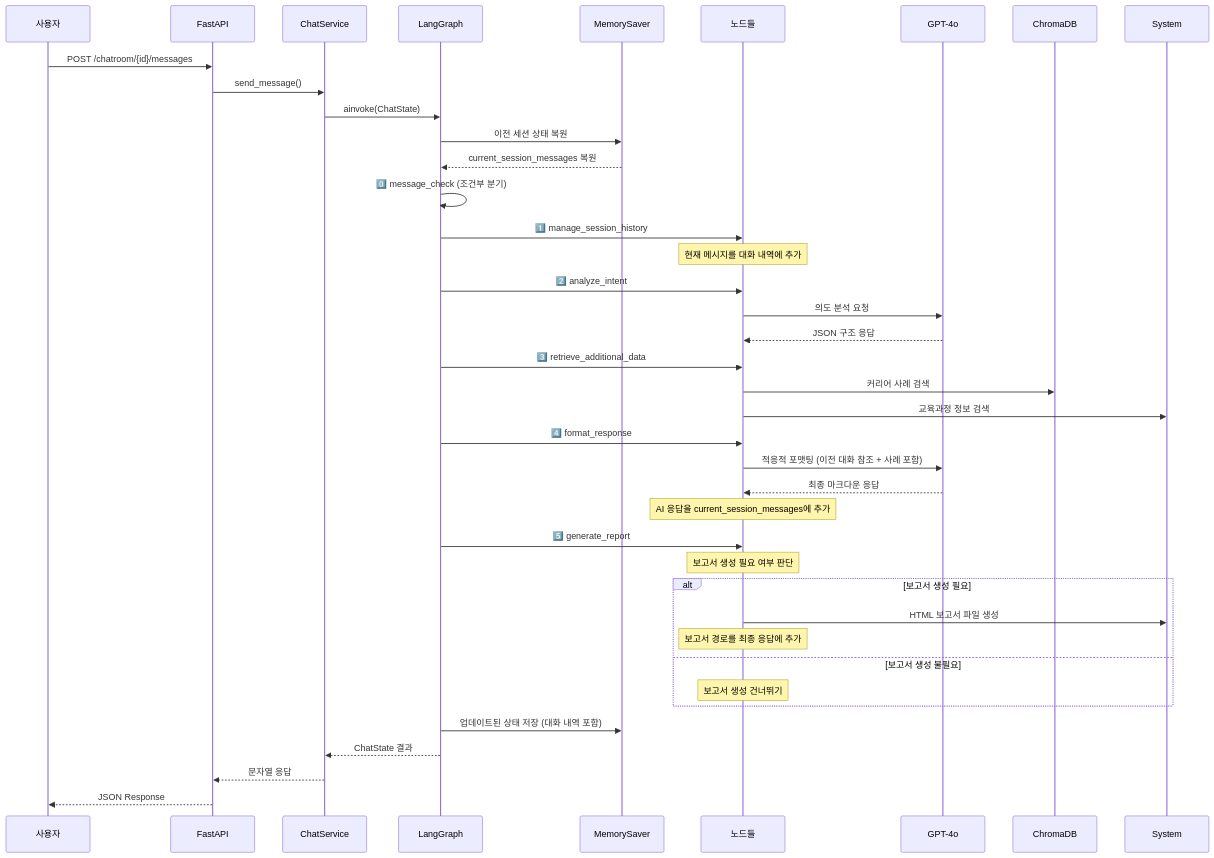
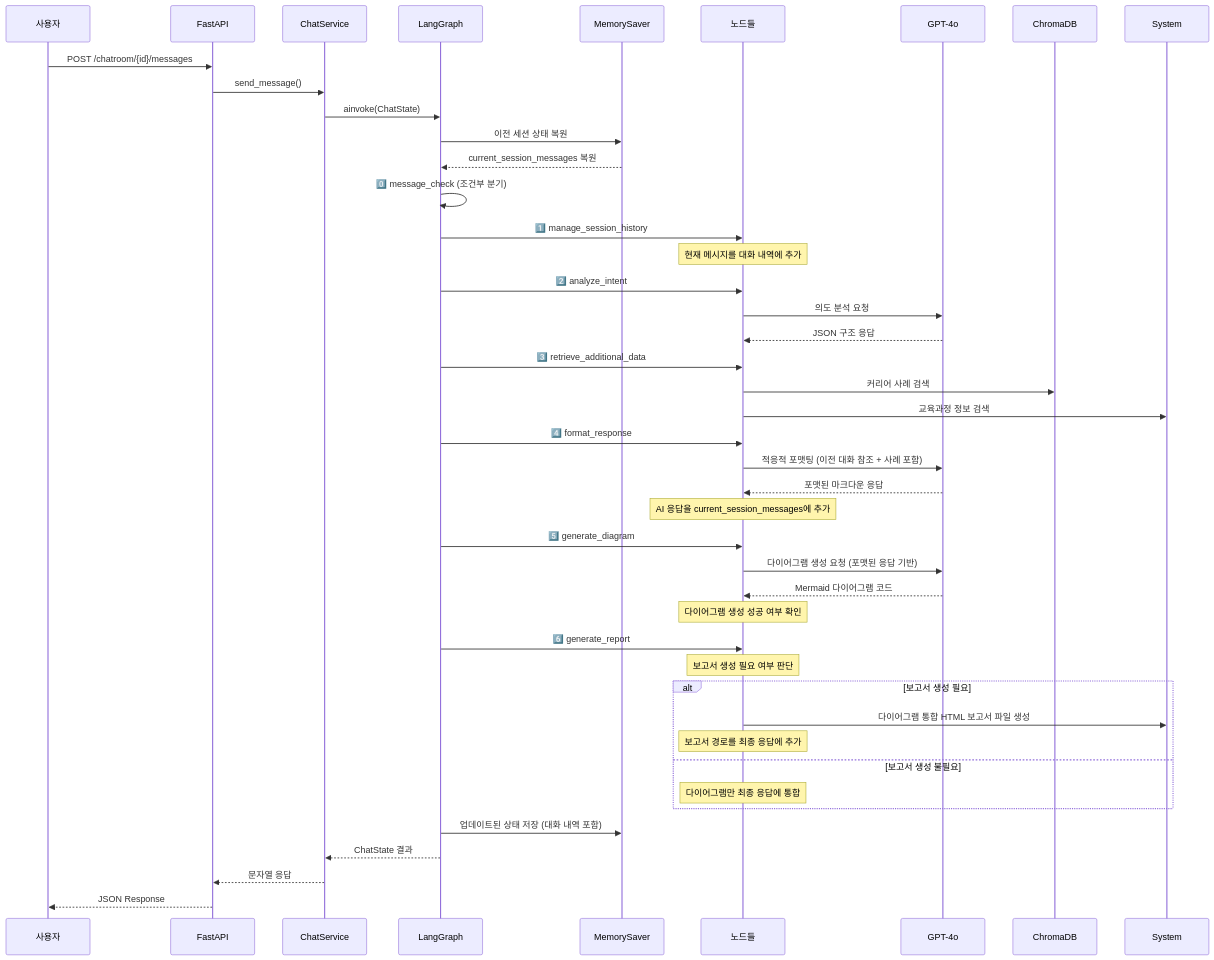
Before and after one commit to SK4toB/g-navi-ai-api: the third of 5 diagrams in README.md, drawn with Mermaid. The commit also changed other lines of this file, not shown here.

Commit message:
docs: mermaid agent 설명추가2(ref #39)

````diff
--- a/README.md
+++ b/README.md
@@ -212,49 +227,54 @@
 ```mermaid
 sequenceDiagram
     participant User as 사용자
     participant API as FastAPI
     participant Service as ChatService
     participant Graph as LangGraph
     participant MemorySaver as MemorySaver
     participant Nodes as 노드들
     participant LLM as GPT-4o
     
     User->>API: POST /chatroom/{id}/messages
     API->>Service: send_message()
     Service->>Graph: ainvoke(ChatState)
     
     Graph->>MemorySaver: 이전 세션 상태 복원
     MemorySaver-->>Graph: current_session_messages 복원
     
     Graph->>Graph: 0️⃣ message_check (조건부 분기)
     
     Graph->>Nodes: 1️⃣ manage_session_history
     Note over Nodes: 현재 메시지를 대화 내역에 추가
     
     Graph->>Nodes: 2️⃣ analyze_intent
     Nodes->>LLM: 의도 분석 요청
     LLM-->>Nodes: JSON 구조 응답
     
     Graph->>Nodes: 3️⃣ retrieve_additional_data
     Nodes->>ChromaDB: 커리어 사례 검색
     Nodes->>System: 교육과정 정보 검색
     
     Graph->>Nodes: 4️⃣ format_response
     Nodes->>LLM: 적응적 포맷팅 (이전 대화 참조 + 사례 포함)
-    LLM-->>Nodes: 최종 마크다운 응답
+    LLM-->>Nodes: 포맷된 마크다운 응답
     Note over Nodes: AI 응답을 current_session_messages에 추가
     
-    Graph->>Nodes: 5️⃣ generate_report
+    Graph->>Nodes: 5️⃣ generate_diagram
+    Nodes->>LLM: 다이어그램 생성 요청 (포맷된 응답 기반)
+    LLM-->>Nodes: Mermaid 다이어그램 코드
+    Note over Nodes: 다이어그램 생성 성공 여부 확인
+    
+    Graph->>Nodes: 6️⃣ generate_report
     Note over Nodes: 보고서 생성 필요 여부 판단
     alt 보고서 생성 필요
-        Nodes->>System: HTML 보고서 파일 생성
+        Nodes->>System: 다이어그램 통합 HTML 보고서 파일 생성
         Note over Nodes: 보고서 경로를 최종 응답에 추가
     else 보고서 생성 불필요
-        Note over Nodes: 보고서 생성 건너뛰기
+        Note over Nodes: 다이어그램만 최종 응답에 통합
     end
     
     Graph->>MemorySaver: 업데이트된 상태 저장 (대화 내역 포함)
     Graph-->>Service: ChatState 결과
     Service-->>API: 문자열 응답
     API-->>User: JSON Response
 ```
````
